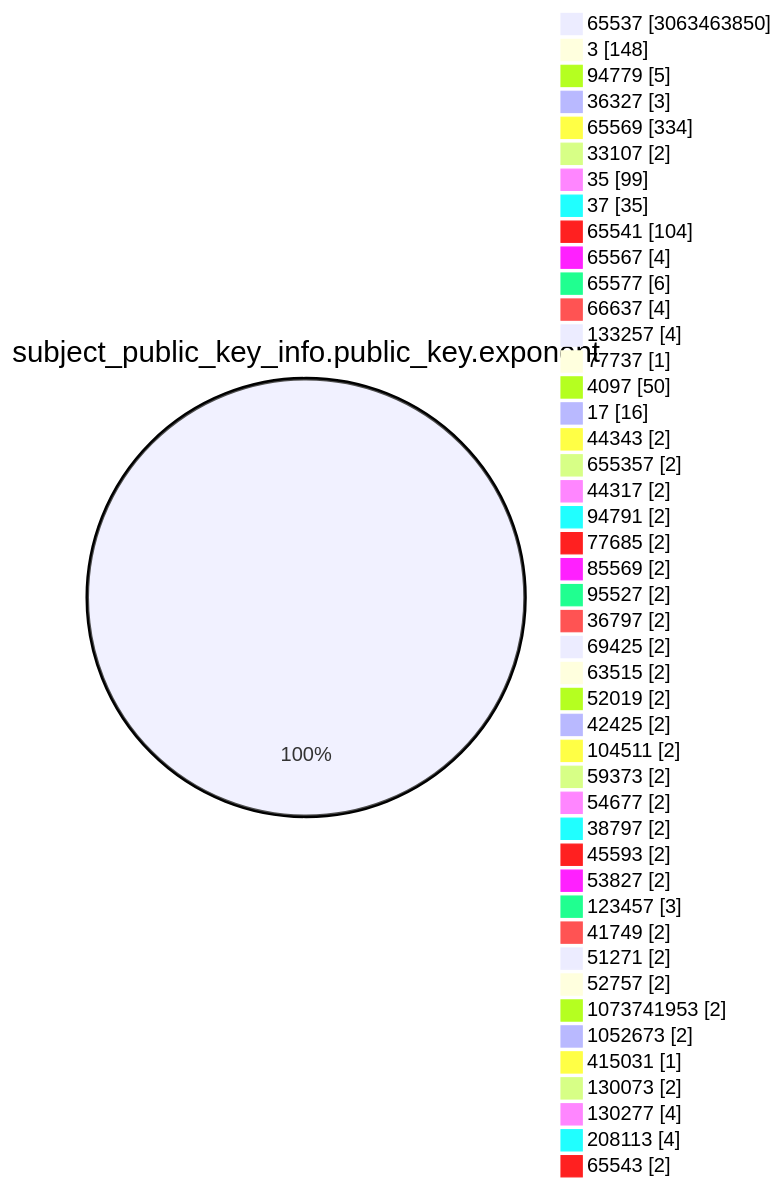
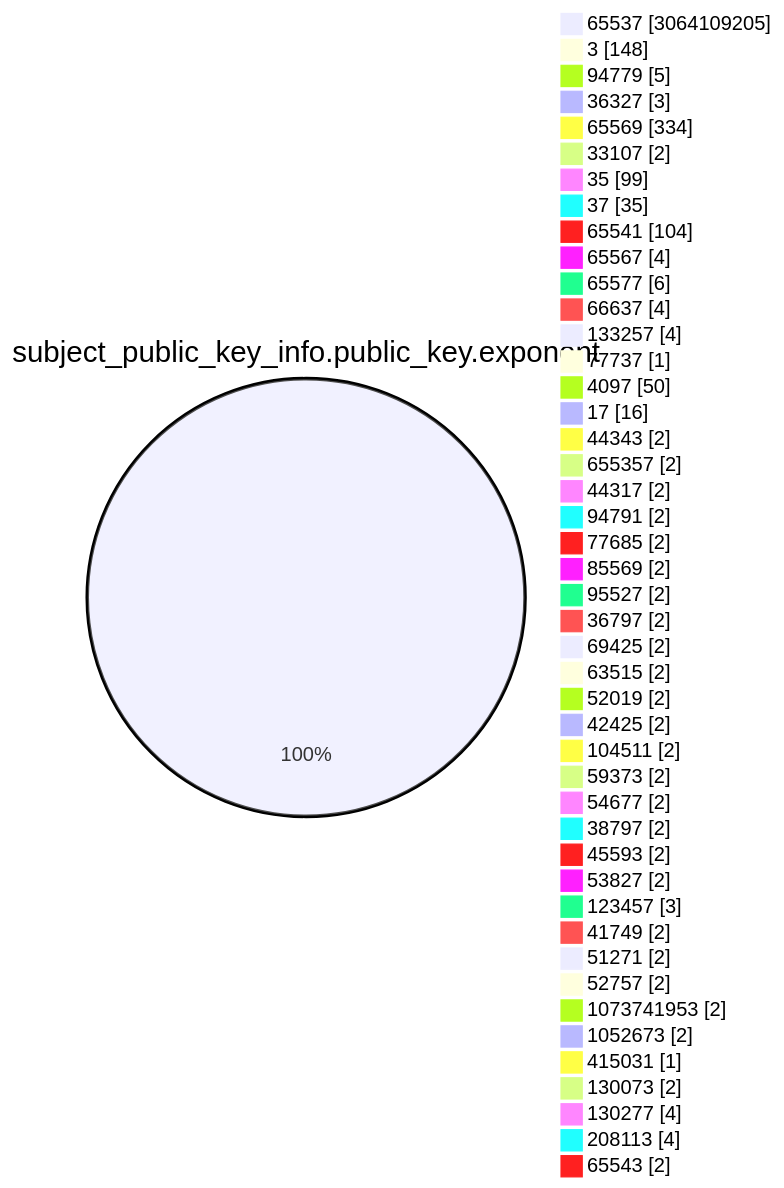
The fourth of 15 diagrams in TOTAL/README.md (christiankrug/ctmonitor_visualization), drawn with Mermaid before and after one commit. The commit also changed other lines of this file, not shown here.

````diff
--- a/TOTAL/README.md
+++ b/TOTAL/README.md
@@ -1473,49 +1473,49 @@
 ```mermaid
 pie showData
 title subject_public_key_info.public_key.exponent
-"65537" :3063463850
+"65537" :3064109205
 "3" :148
 "94779" :5
 "36327" :3
 "65569" :334
 "33107" :2
 "35" :99
 "37" :35
 "65541" :104
 "65567" :4
 "65577" :6
 "66637" :4
 "133257" :4
 "77737" :1
 "4097" :50
 "17" :16
 "44343" :2
 "655357" :2
 "44317" :2
 "94791" :2
 "77685" :2
 "85569" :2
 "95527" :2
 "36797" :2
 "69425" :2
 "63515" :2
 "52019" :2
 "42425" :2
 "104511" :2
 "59373" :2
 "54677" :2
 "38797" :2
 "45593" :2
 "53827" :2
 "123457" :3
 "41749" :2
 "51271" :2
 "52757" :2
 "1073741953" :2
 "1052673" :2
 "415031" :1
 "130073" :2
 "130277" :4
 "208113" :4
 "65543" :2
 ```
````
